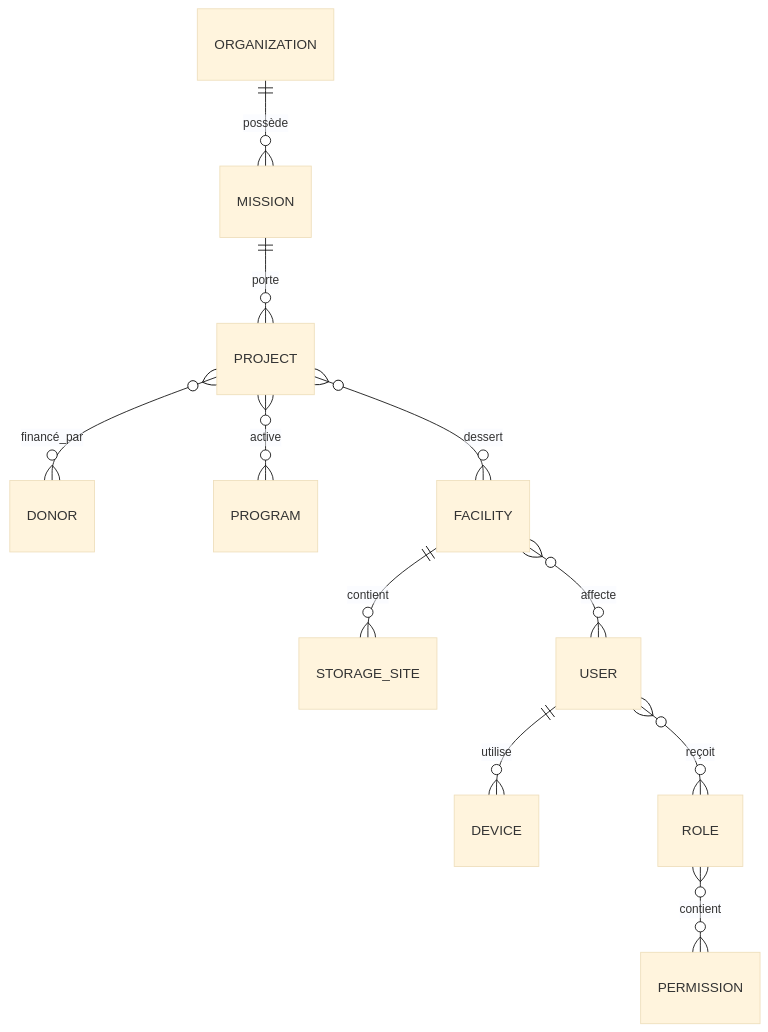
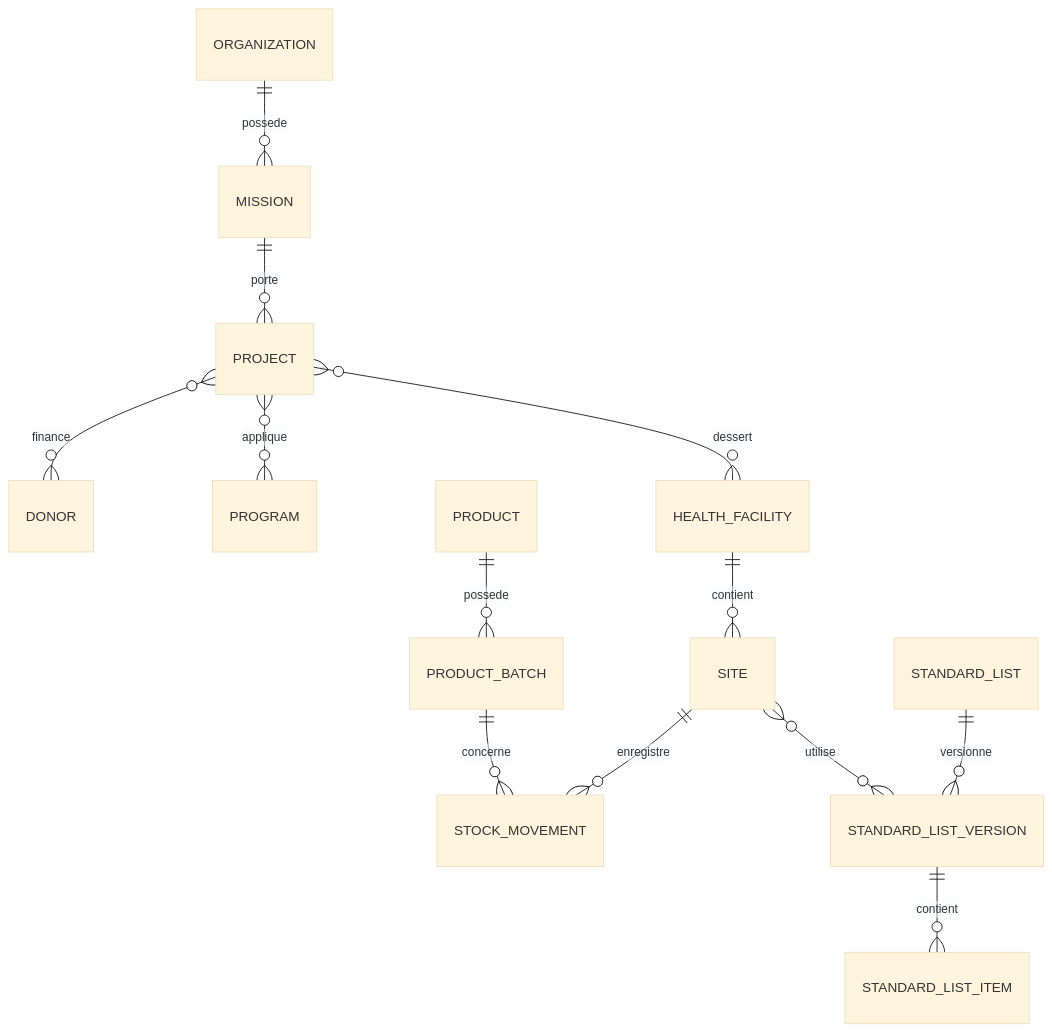
One commit to AyounSanama/SAGASTOCK changed the diagram in docs/03-modele-donnees.md. Above: the diagram before and after it, drawn with Mermaid (base theme). The commit also changed other lines of this file and 235 other files, not shown here.

````diff
--- a/docs/03-modele-donnees.md
+++ b/docs/03-modele-donnees.md
@@ -47,13 +70,15 @@
 ```mermaid
 erDiagram
-  ORGANIZATION ||--o{ MISSION : possède
+  ORGANIZATION ||--o{ MISSION : possede
   MISSION ||--o{ PROJECT : porte
-  PROJECT }o--o{ DONOR : financé_par
-  PROJECT }o--o{ PROGRAM : active
-  PROJECT }o--o{ FACILITY : dessert
-  FACILITY ||--o{ STORAGE_SITE : contient
-  FACILITY }o--o{ USER : affecte
-  USER ||--o{ DEVICE : utilise
-  USER }o--o{ ROLE : reçoit
-  ROLE }o--o{ PERMISSION : contient
+  PROJECT }o--o{ DONOR : finance
+  PROJECT }o--o{ PROGRAM : applique
+  PROJECT }o--o{ HEALTH_FACILITY : dessert
+  HEALTH_FACILITY ||--o{ SITE : contient
+  SITE ||--o{ STOCK_MOVEMENT : enregistre
+  PRODUCT ||--o{ PRODUCT_BATCH : possede
+  PRODUCT_BATCH ||--o{ STOCK_MOVEMENT : concerne
+  STANDARD_LIST ||--o{ STANDARD_LIST_VERSION : versionne
+  STANDARD_LIST_VERSION ||--o{ STANDARD_LIST_ITEM : contient
+  SITE }o--o{ STANDARD_LIST_VERSION : utilise
 ```
````
